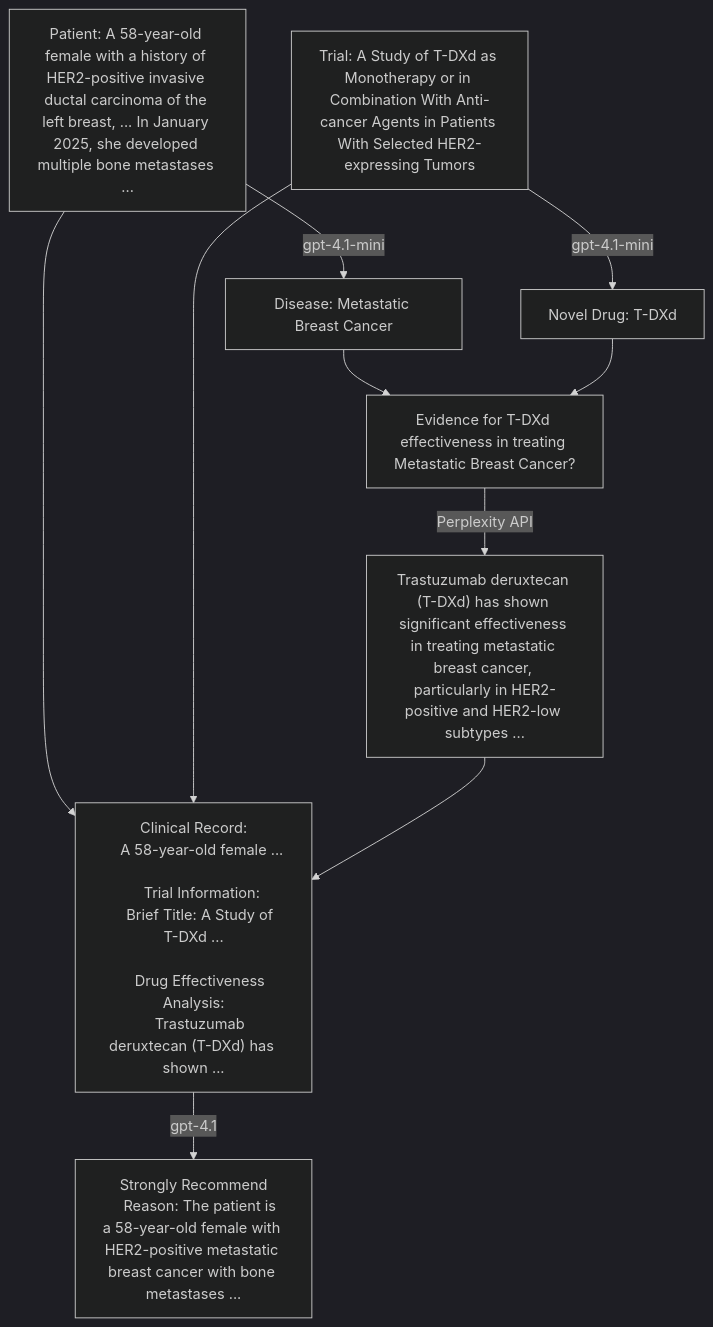
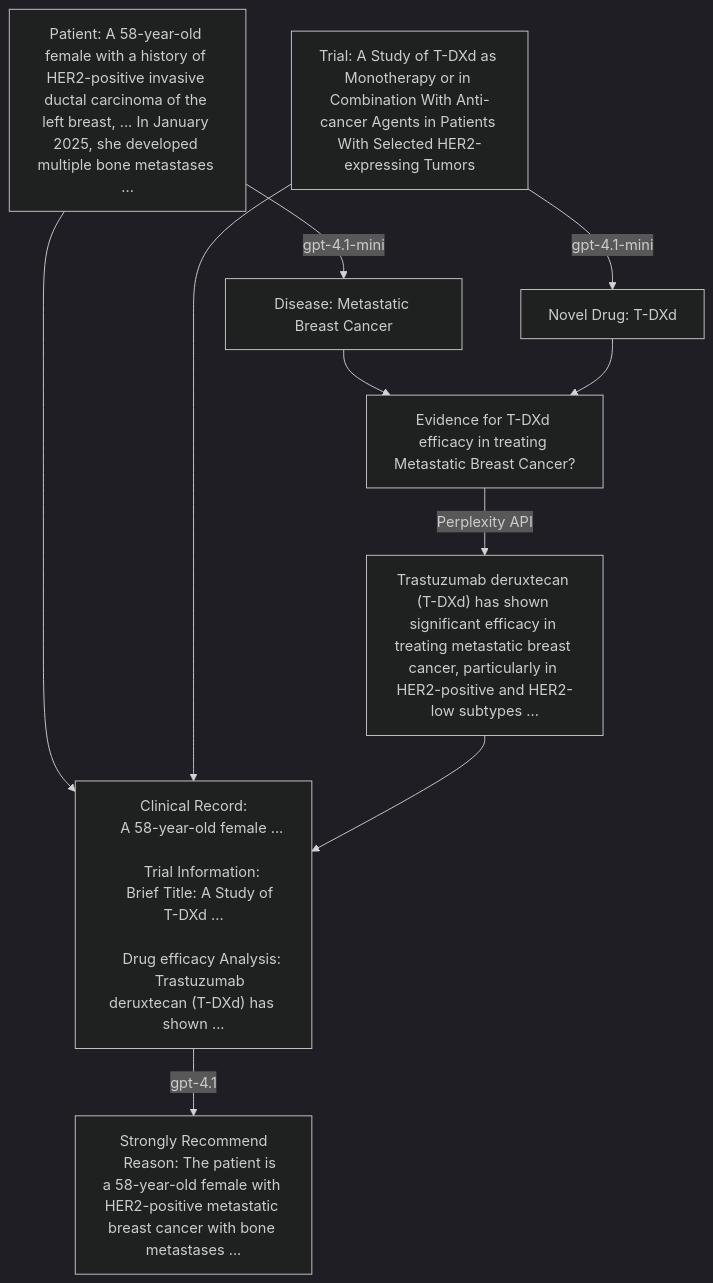
One commit to chncwang/ClinTrialFinder changed the diagram in README.md. Above: the diagram before and after it, drawn with Mermaid (dark theme). The commit also changed 4 other files, not shown here.

````diff
--- a/README.md
+++ b/README.md
@@ -26,26 +26,26 @@
 ```mermaid
 graph TD
     A[Patient: A 58-year-old female with a history of HER2-positive invasive ductal carcinoma of the left breast, ... In January 2025, she developed multiple bone metastases ...]
     B[Disease: Metastatic Breast Cancer]
     C[Trial: A Study of T-DXd as Monotherapy or in Combination With Anti-cancer Agents in Patients With Selected HER2-expressing Tumors]
     D[Novel Drug: T-DXd]
     A -->|gpt-4.1-mini| B
     C -->|gpt-4.1-mini| D
-    E[Evidence for T-DXd effectiveness in treating Metastatic Breast Cancer?]
+    E[Evidence for T-DXd efficacy in treating Metastatic Breast Cancer?]
     B --> E
     D --> E
-    F["Trastuzumab deruxtecan (T-DXd) has shown significant effectiveness in treating metastatic breast cancer, particularly in HER2-positive and HER2-low subtypes ..."]
+    F["Trastuzumab deruxtecan (T-DXd) has shown significant efficacy in treating metastatic breast cancer, particularly in HER2-positive and HER2-low subtypes ..."]
     E -->|Perplexity API| F
     G["Clinical Record:
     A 58-year-old female ...<br>
     Trial Information:
     Brief Title: A Study of T-DXd ...<br>
-    Drug Effectiveness Analysis:
+    Drug efficacy Analysis:
     Trastuzumab deruxtecan (T-DXd) has shown ..."]
     A --> G
     C --> G
     F --> G
     H[Strongly Recommend
     Reason: The patient is a 58-year-old female with HER2-positive metastatic breast cancer with bone metastases ...]
     G -->|gpt-4.1| H
 ```
````
